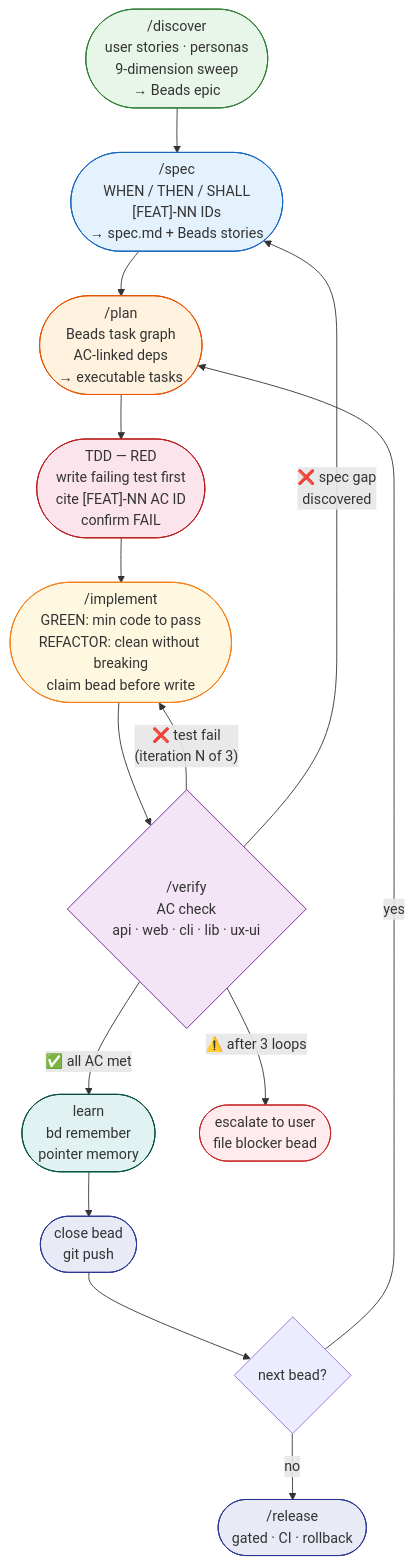
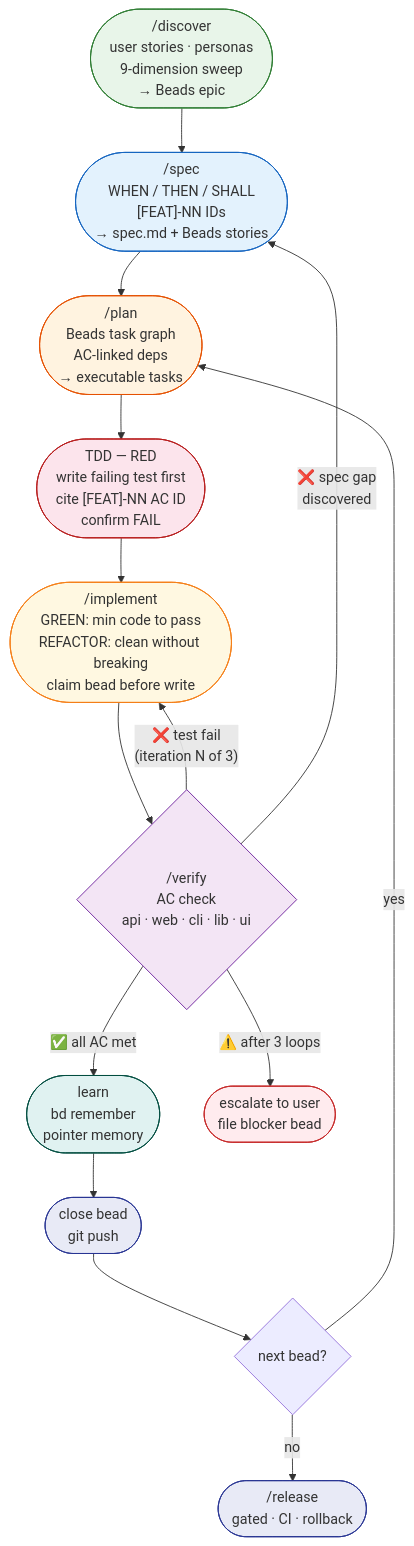
One commit to bioinfornatics/agentic-devlopment changed the second of 2 diagrams in README.md. Above: the diagram before and after it, drawn with Mermaid. The commit also changed other lines of this file and 5 other files, not shown here.

````diff
--- a/README.md
+++ b/README.md
@@ -44,31 +44,31 @@
 ```mermaid
 flowchart TD
     D(["/discover\nuser stories · personas\n9-dimension sweep\n→ Beads epic"]) --> S
     S(["/spec\nWHEN / THEN / SHALL\n[FEAT]-NN IDs\n→ spec.md + Beads stories"]) --> G
     G(["/plan\nBeads task graph\nAC-linked deps\n→ executable tasks"]) --> T
     T(["TDD — RED\nwrite failing test first\ncite [FEAT]-NN AC ID\nconfirm FAIL"]) --> I
     I(["/implement\nGREEN: min code to pass\nREFACTOR: clean without breaking\nclaim bead before write"]) --> Ve
 
-    Ve{"/verify\nAC check\napi · web · cli · lib · ux-ui"}
+    Ve{"/verify\nAC check\napi · web · cli · lib · ui"}
     Ve -- "✅ all AC met" --> Le(["learn\nbd remember\npointer memory"])
     Le --> CL(["close bead\ngit push"])
 
     Ve -- "❌ test fail\n(iteration N of 3)" --> I
     Ve -- "❌ spec gap\ndiscovered" --> S
     Ve -- "⚠️ after 3 loops" --> ESC(["escalate to user\nfile blocker bead"])
 
     CL --> NXT{next bead?}
     NXT -- yes --> G
     NXT -- no --> REL(["/release\ngated · CI · rollback"])
 
     style D fill:#e8f5e9,stroke:#2e7d32
     style S fill:#e3f2fd,stroke:#1565c0
     style G fill:#fff3e0,stroke:#e65100
     style T fill:#fce4ec,stroke:#b71c1c
     style I fill:#fff8e1,stroke:#f57f17
     style Ve fill:#f3e5f5,stroke:#6a1b9a
     style Le fill:#e0f2f1,stroke:#004d40
     style CL fill:#e8eaf6,stroke:#283593
     style REL fill:#e8eaf6,stroke:#283593
     style ESC fill:#ffebee,stroke:#c62828
 ```
````
